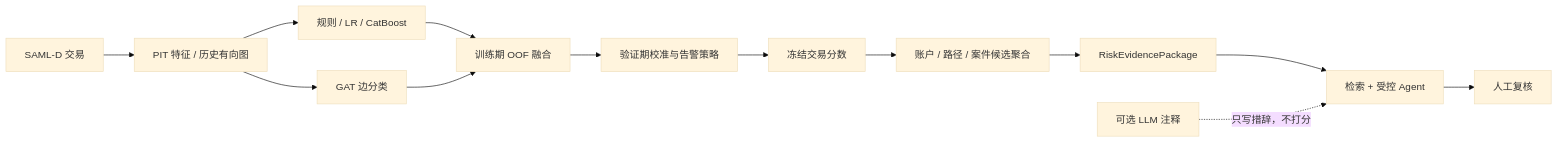
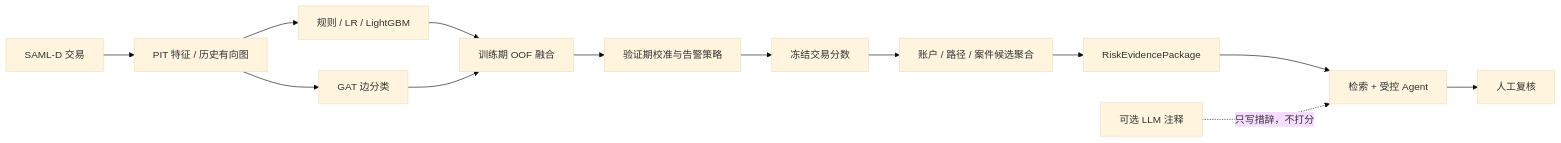
One commit to juhaoyang666-hash/aml_evidence_graph changed the diagram in README.md. Above: the diagram before and after it, drawn with Mermaid (base theme). The commit also changed other lines of this file and 37 other files, not shown here.

Commit message:
Promote LightGBM as the primary tabular model

````diff
--- a/README.md
+++ b/README.md
@@ -54,15 +54,15 @@
 ```mermaid
 flowchart LR
     A["SAML-D 交易"] --> B["PIT 特征 / 历史有向图"]
-    B --> C["规则 / LR / CatBoost"]
+    B --> C["规则 / LR / LightGBM"]
     B --> D["GAT 边分类"]
     C --> E["训练期 OOF 融合"]
     D --> E
     E --> F["验证期校准与告警策略"]
     F --> G["冻结交易分数"]
     G --> H["账户 / 路径 / 案件候选聚合"]
     H --> I["RiskEvidencePackage"]
     I --> J["检索 + 受控 Agent"]
     J --> K["人工复核"]
     L["可选 LLM 注释"] -. "只写措辞，不打分" .-> J
 ```
````
